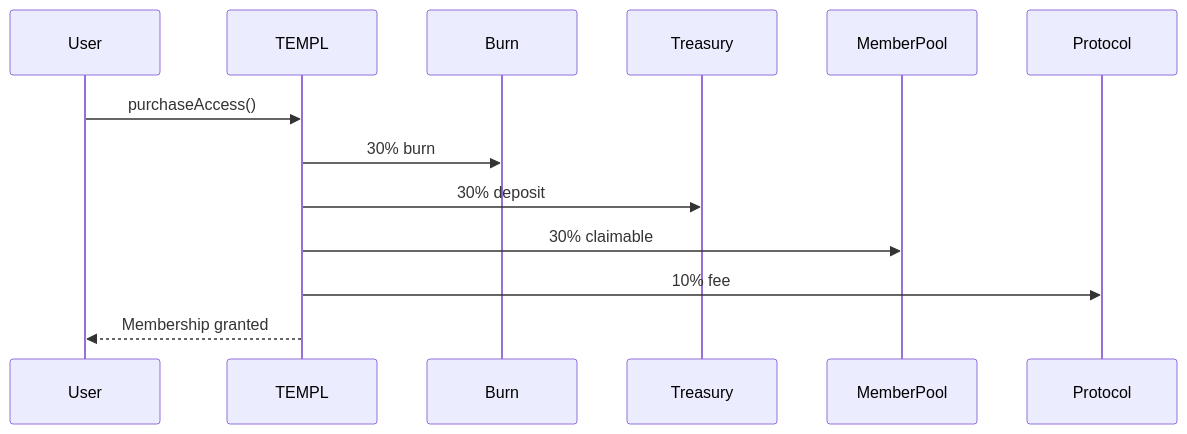
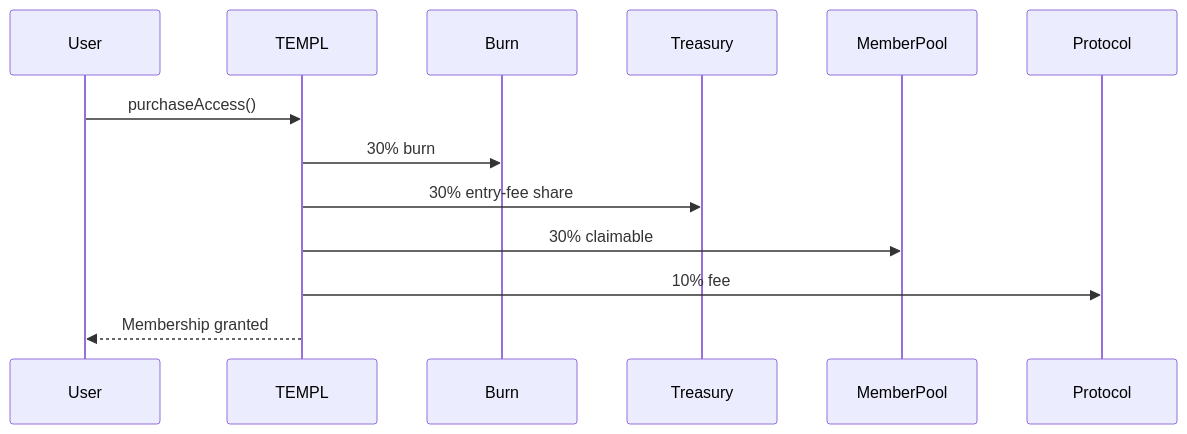
One commit to templ-fun/templ-evm-protocol changed the second of 3 diagrams in CONTRACTS.md. Above: the diagram before and after it, drawn with Mermaid. The commit also changed other lines of this file and 10 other files, not shown here.

````diff
--- a/CONTRACTS.md
+++ b/CONTRACTS.md
@@ -93,15 +98,15 @@
 ```mermaid
 sequenceDiagram
     participant User
     participant TEMPL
     participant Burn
     participant Treasury
     participant MemberPool
     participant Protocol
     User->>TEMPL: purchaseAccess()
     TEMPL->>Burn: 30% burn
-    TEMPL->>Treasury: 30% deposit
+    TEMPL->>Treasury: 30% entry‑fee share
     TEMPL->>MemberPool: 30% claimable
     TEMPL->>Protocol: 10% fee
     TEMPL-->>User: Membership granted
 ```
````
